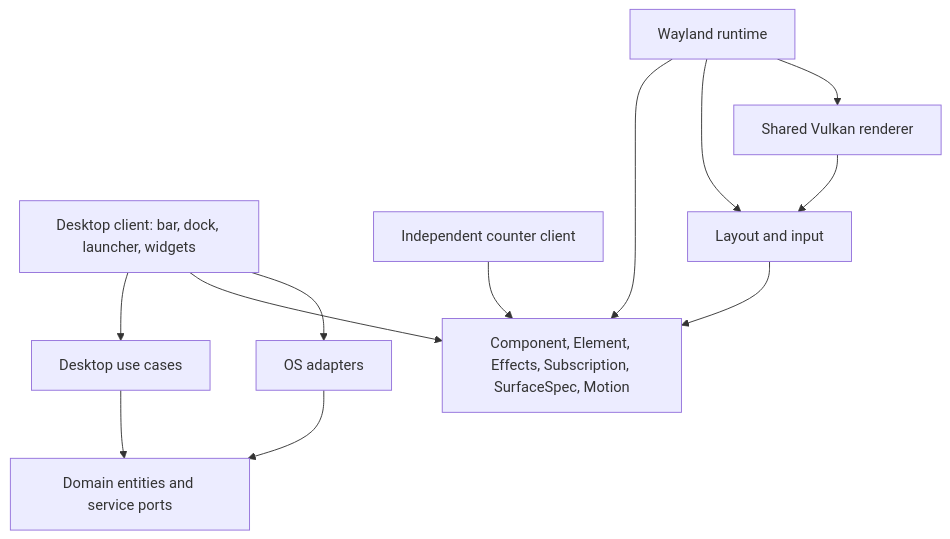
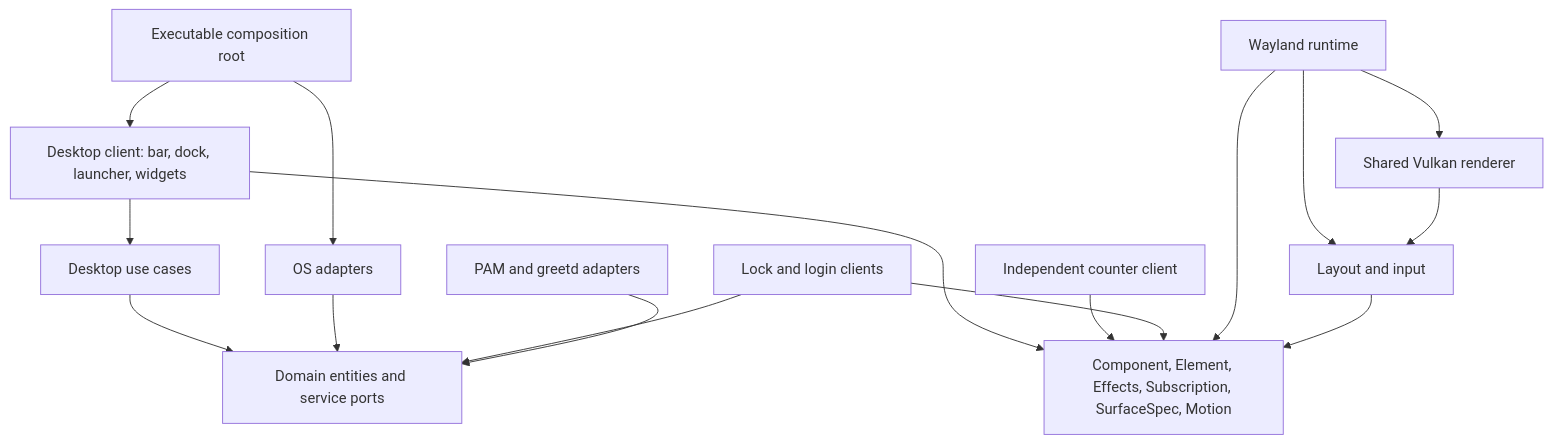
Before and after one commit to xandreeddev/desktop-lab: the diagram in docs/lucent-framework.md, drawn with Mermaid. The commit also changed other lines of this file and 71 other files, not shown here.

````diff
--- a/docs/lucent-framework.md
+++ b/docs/lucent-framework.md
@@ -7,14 +7,18 @@
 ```mermaid
 flowchart TD
   Desktop[Desktop client: bar, dock, launcher, widgets] --> Usecases[Desktop use cases]
   Usecases --> Domain[Domain entities and service ports]
   Desktop --> API[Component, Element, Effects, Subscription, SurfaceSpec, Motion]
   Example[Independent counter client] --> API
   Services[OS adapters] --> Domain
-  Desktop --> Services
+  Root[Executable composition root] --> Services
+  Root --> Desktop
+  Login[Lock and login clients] --> API
+  Login --> Domain
+  Auth[PAM and greetd adapters] --> Domain
   Runtime[Wayland runtime] --> API
   Runtime --> UI[Layout and input]
   UI --> API
   Runtime --> Renderer[Shared Vulkan renderer]
   Renderer --> UI
 ```
````
